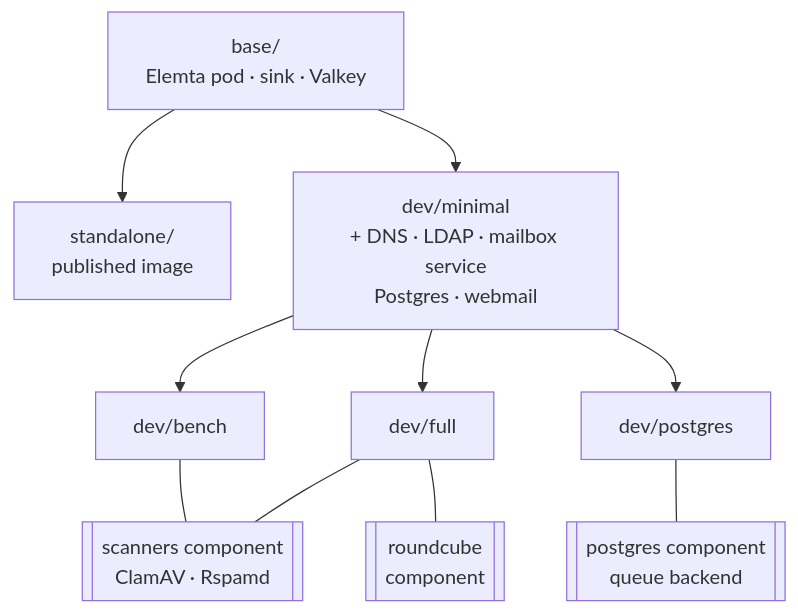
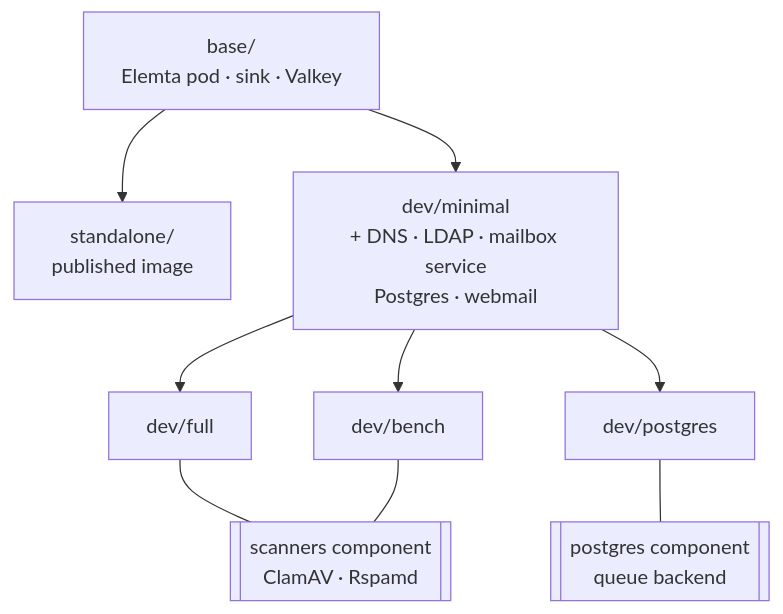
One commit to EvalAlan/elemta changed the diagram in docs/diagrams/kubernetes-overlays.mmd. Above: the diagram before and after it, drawn with Mermaid. The commit also changed 40 other files, not shown here.

```diff
--- a/docs/diagrams/kubernetes-overlays.mmd
+++ b/docs/diagrams/kubernetes-overlays.mmd
@@ -1,17 +1,15 @@
 flowchart TB
     base["base/<br/>Elemta pod · sink · Valkey"]
     standalone["standalone/<br/>published image"]
     minimal["dev/minimal<br/>+ DNS · LDAP · mailbox service<br/>Postgres · webmail"]
     base --> standalone
     base --> minimal
     full["dev/full"]
     bench["dev/bench"]
     postgres["dev/postgres"]
     minimal --> full & bench & postgres
     scanners[["scanners component<br/>ClamAV · Rspamd"]]
-    roundcube[["roundcube<br/>component"]]
     pgc[["postgres component<br/>queue backend"]]
     full --- scanners
-    full --- roundcube
     bench --- scanners
     postgres --- pgc
```
